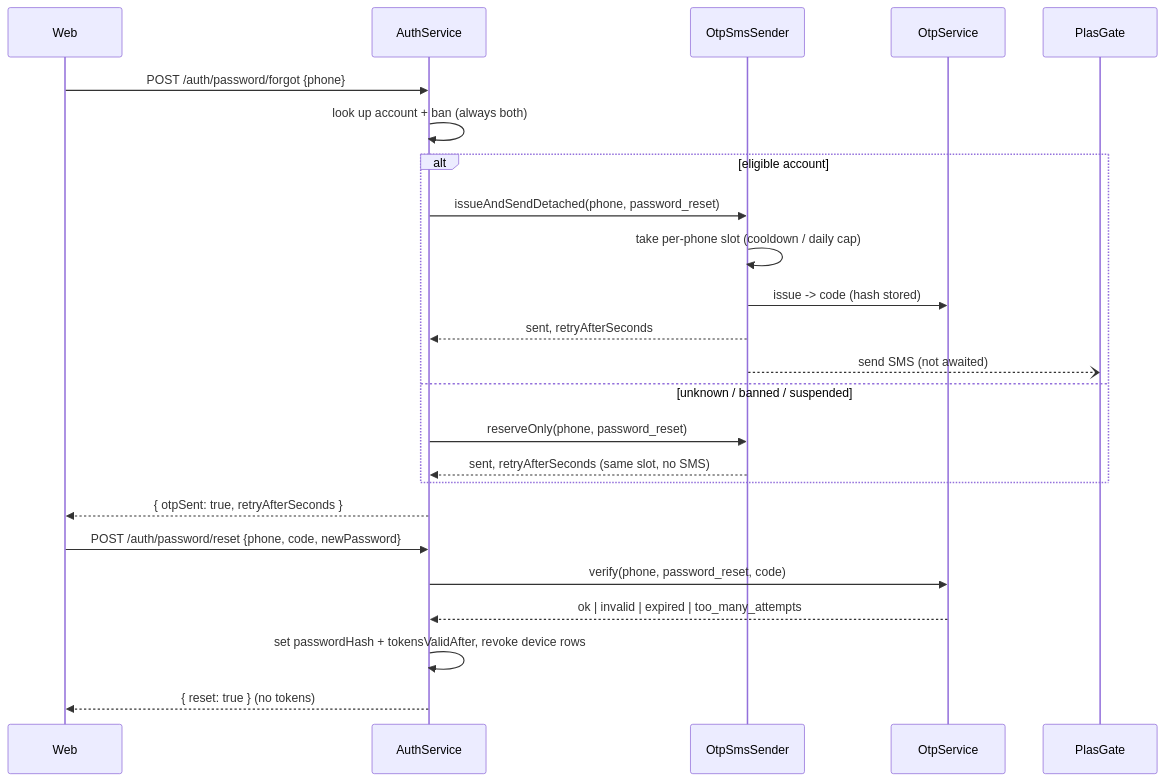
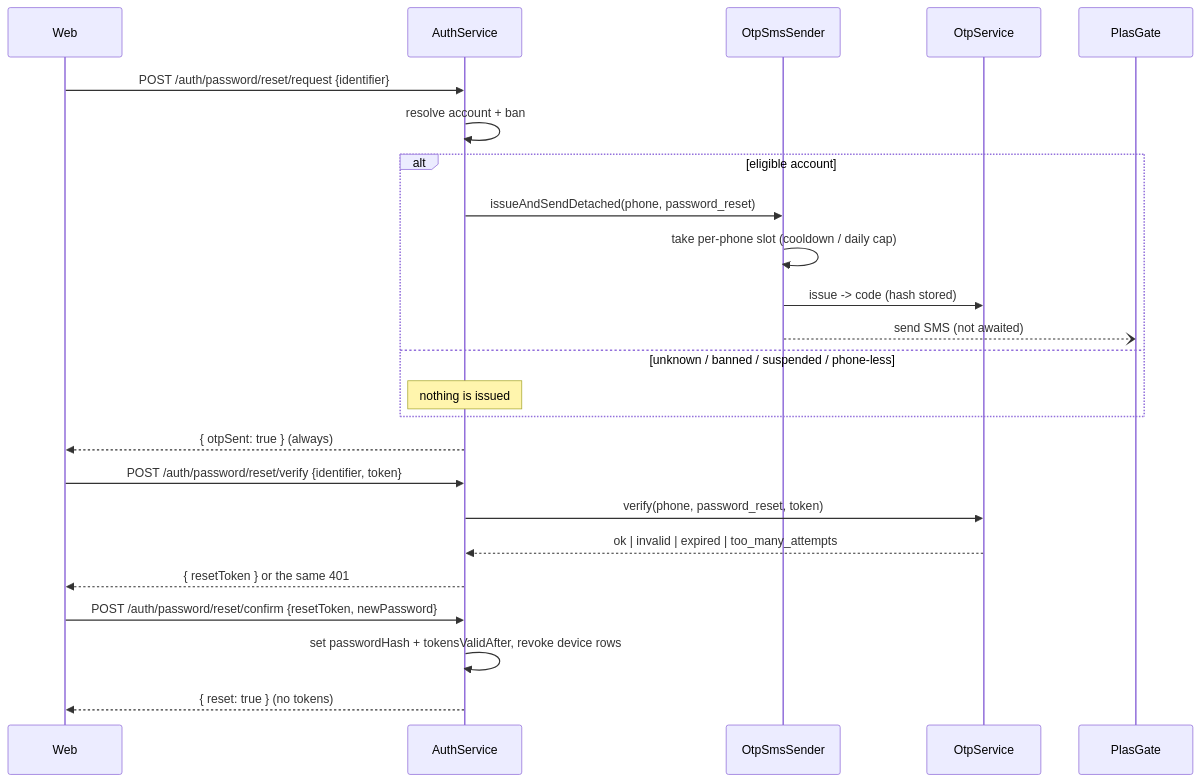
The second of 2 diagrams in apps/backend/src/otp/README.md (SovannrothEang/e-phsar-khmer), drawn with Mermaid before and after one commit. The commit also changed other lines of this file and 61 other files, not shown here.

````diff
--- a/apps/backend/src/otp/README.md
+++ b/apps/backend/src/otp/README.md
@@ -54,26 +54,26 @@
 ```mermaid
 sequenceDiagram
   participant W as Web
   participant A as AuthService
   participant S as OtpSmsSender
   participant O as OtpService
   participant P as PlasGate
-  W->>A: POST /auth/password/forgot {phone}
-  A->>A: look up account + ban (always both)
+  W->>A: POST /auth/password/reset/request {identifier}
+  A->>A: resolve account + ban
   alt eligible account
     A->>S: issueAndSendDetached(phone, password_reset)
     S->>S: take per-phone slot (cooldown / daily cap)
     S->>O: issue -> code (hash stored)
-    S-->>A: sent, retryAfterSeconds
     S--)P: send SMS (not awaited)
-  else unknown / banned / suspended
-    A->>S: reserveOnly(phone, password_reset)
-    S-->>A: sent, retryAfterSeconds (same slot, no SMS)
+  else unknown / banned / suspended / phone-less
+    Note over A: nothing is issued
   end
-  A-->>W: { otpSent: true, retryAfterSeconds }
-  W->>A: POST /auth/password/reset {phone, code, newPassword}
-  A->>O: verify(phone, password_reset, code)
+  A-->>W: { otpSent: true } (always)
+  W->>A: POST /auth/password/reset/verify {identifier, token}
+  A->>O: verify(phone, password_reset, token)
   O-->>A: ok | invalid | expired | too_many_attempts
+  A-->>W: { resetToken } or the same 401
+  W->>A: POST /auth/password/reset/confirm {resetToken, newPassword}
   A->>A: set passwordHash + tokensValidAfter, revoke device rows
   A-->>W: { reset: true } (no tokens)
 ```
````
